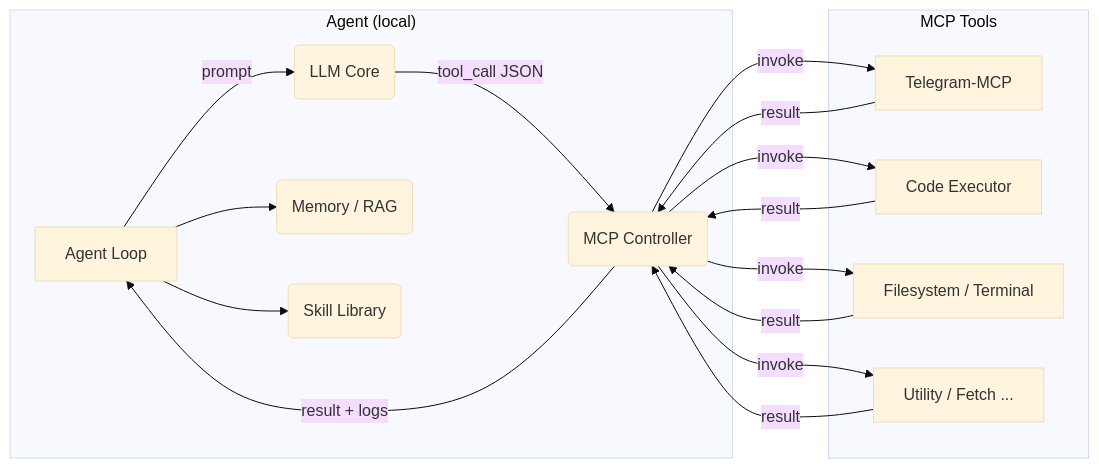
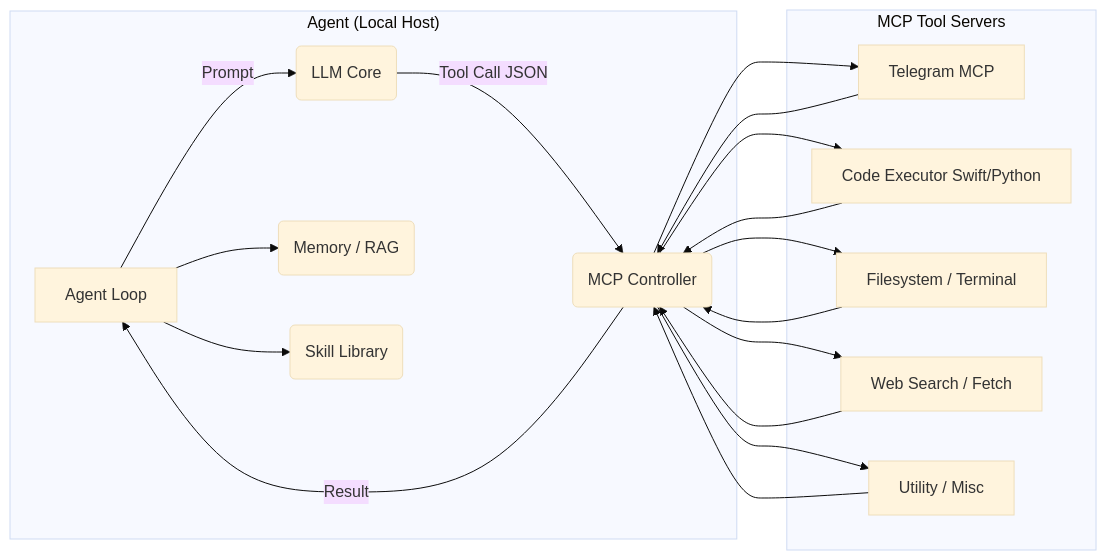
The diagram in README.md (Maxim-Lanskoy/TraeAgent), drawn with Mermaid (base theme) before and after one commit. The commit also changed other lines of this file and 1 other file, not shown here.

````diff
--- a/README.md
+++ b/README.md
@@ -39,30 +26,30 @@
 ```mermaid
 flowchart LR
-  %% === Agent core ===
-  subgraph Agent["Agent (local)"]
-    A[Agent Loop] -->|prompt| L(LLM Core)
+  subgraph Agent["Agent (Local Host)"]
+    A[Agent Loop] -->|Prompt| L(LLM Core)
     A --> M(Memory / RAG)
     A --> S(Skill Library)
-    L -->|tool_call JSON| C(MCP Controller)
-    C -->|result + logs| A
+    L -->|Tool Call JSON| C(MCP Controller)
+    C -->|Result| A
   end
 
-  %% === Tool side ===
-  subgraph "MCP Tools"
-    TG[Telegram‑MCP]
-    CE[Code Executor]
+  subgraph MCP_Tools["MCP Tool Servers"]
+    TG[Telegram MCP]
+    CE[Code Executor Swift/Python]
     FS[Filesystem / Terminal]
-    UT[Utility / Fetch ...]
+    WS[Web Search / Fetch]
+    UT[Utility / Misc]
   end
 
-  %% === Connections ===
-  C -->|invoke| TG
-  C -->|invoke| CE
-  C -->|invoke| FS
-  C -->|invoke| UT
+  C --> TG
+  C --> CE
+  C --> FS
+  C --> WS
+  C --> UT
 
-  TG -->|result| C
-  CE -->|result| C
-  FS -->|result| C
-  UT -->|result| C
+  TG --> C
+  CE --> C
+  FS --> C
+  WS --> C
+  UT --> C
 ```
````
